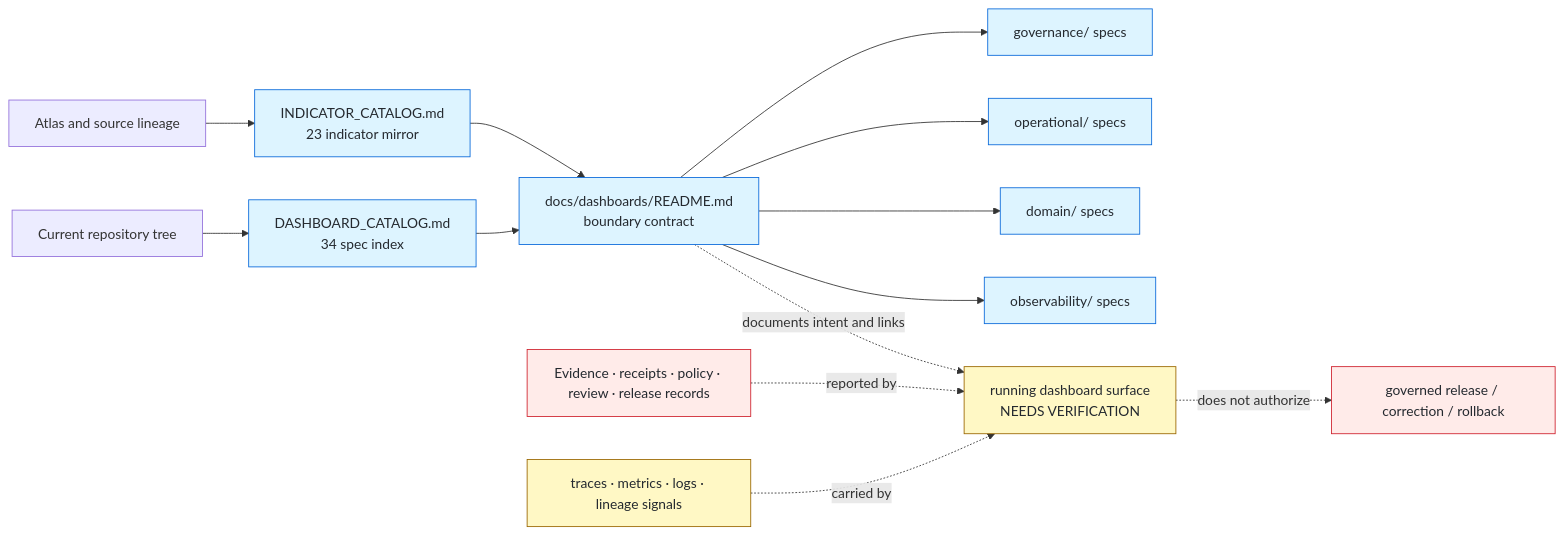
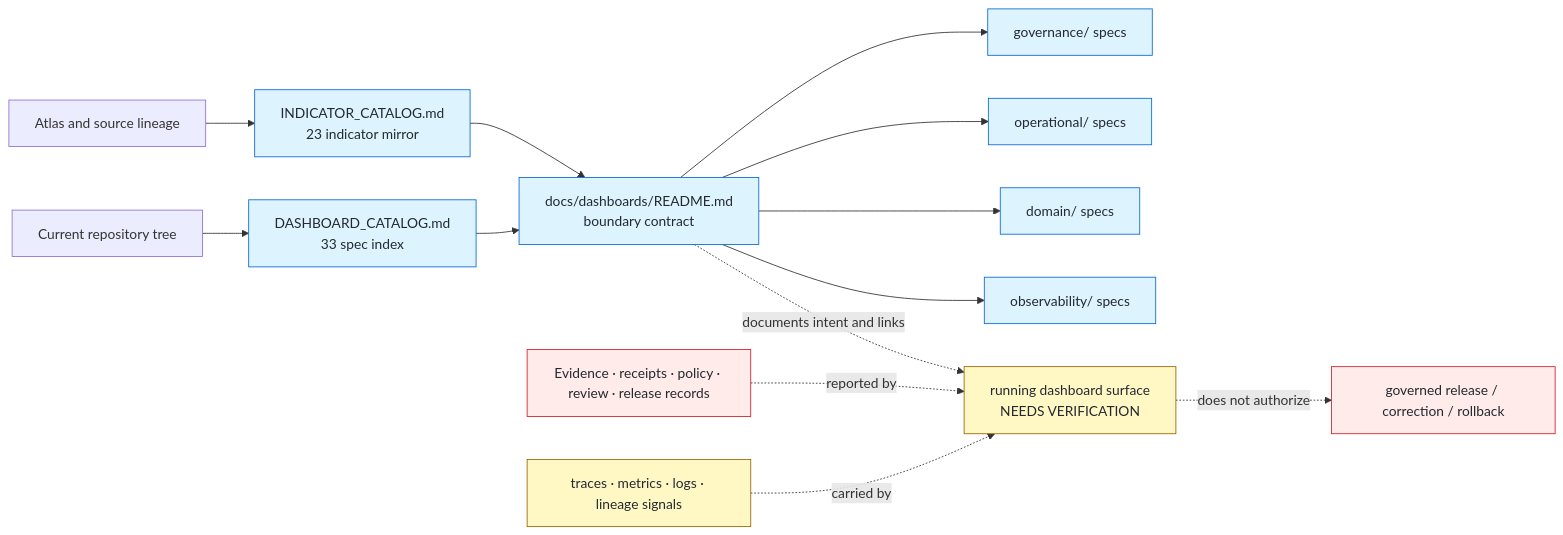
Before and after one commit to bartytime4life/Kansas-Frontier-Matrix: the diagram in docs/dashboards/README.md, drawn with Mermaid. The commit also changed other lines of this file and 1 other file, not shown here.

````diff
--- a/docs/dashboards/README.md
+++ b/docs/dashboards/README.md
@@ -263,23 +264,23 @@
 ```mermaid
 flowchart LR
   ATLAS["Atlas and source lineage"] --> IC["INDICATOR_CATALOG.md<br/>23 indicator mirror"]
-  TREE["Current repository tree"] --> DC["DASHBOARD_CATALOG.md<br/>34 spec index"]
+  TREE["Current repository tree"] --> DC["DASHBOARD_CATALOG.md<br/>33 spec index"]
   IC --> ROOT["docs/dashboards/README.md<br/>boundary contract"]
   DC --> ROOT
   ROOT --> GOV["governance/ specs"]
   ROOT --> OPS["operational/ specs"]
   ROOT --> DOM["domain/ specs"]
   ROOT --> OBS["observability/ specs"]
 
   RECORDS["Evidence · receipts · policy · review · release records"] -. "reported by" .-> RUNTIME["running dashboard surface<br/>NEEDS VERIFICATION"]
   TELEMETRY["traces · metrics · logs · lineage signals"] -. "carried by" .-> RUNTIME
   ROOT -. "documents intent and links" .-> RUNTIME
   RUNTIME -. "does not authorize" .-> RELEASE["governed release / correction / rollback"]
 
   classDef docs fill:#ddf4ff,stroke:#0969da,color:#24292f;
   classDef runtime fill:#fff8c5,stroke:#9a6700,color:#24292f;
   classDef trust fill:#ffebe9,stroke:#cf222e,color:#24292f;
   class ROOT,IC,DC,GOV,OPS,DOM,OBS docs;
   class RUNTIME,TELEMETRY runtime;
   class RECORDS,RELEASE trust;
 ```
````
